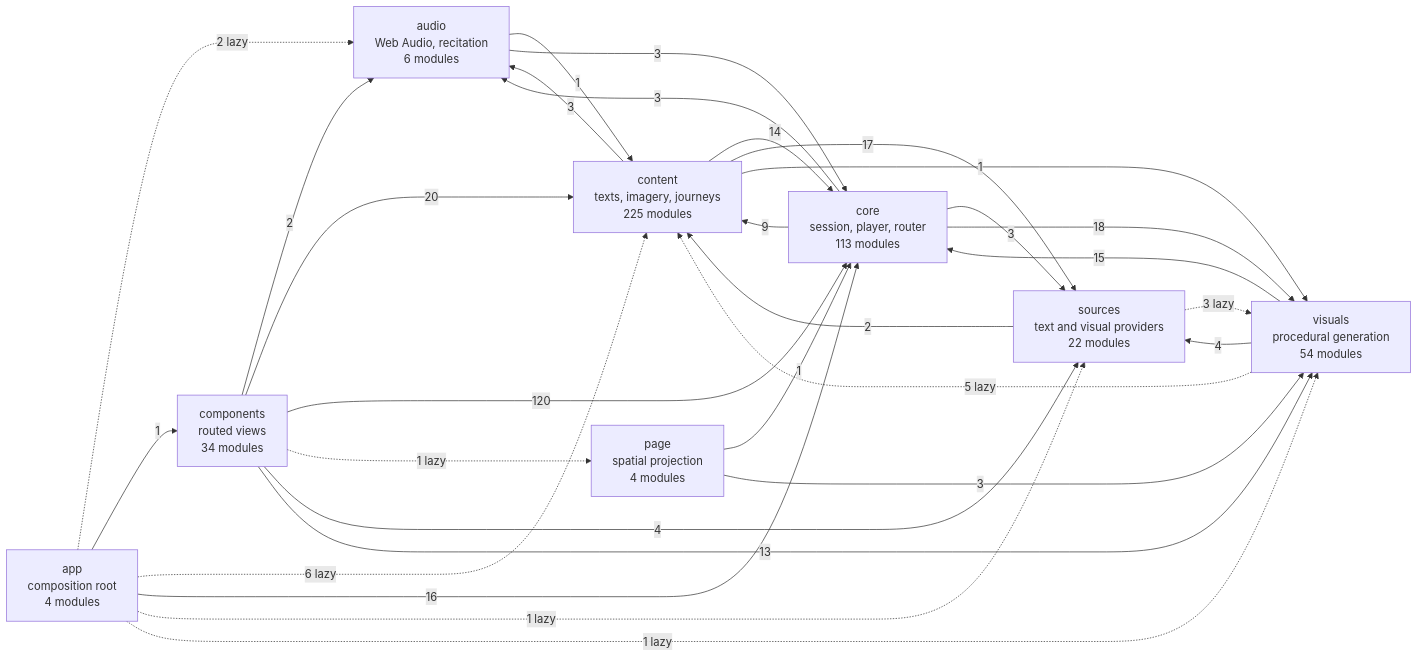
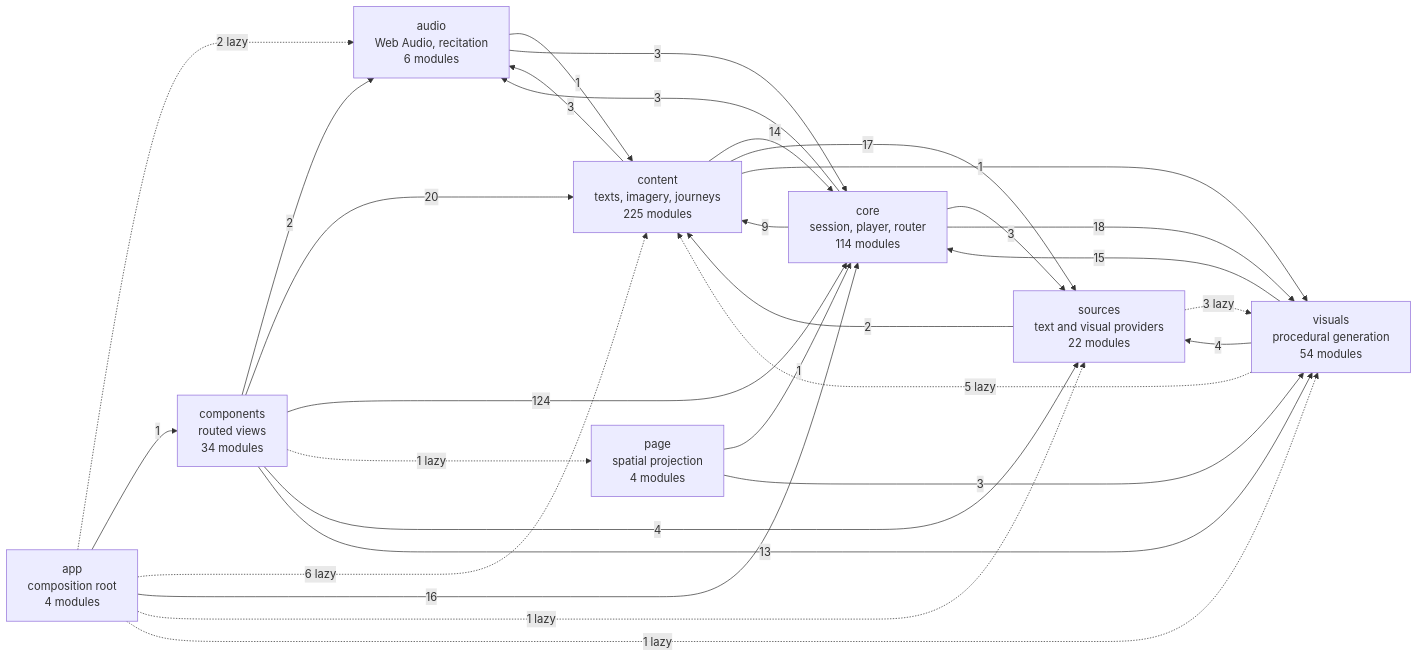
The diagram in docs/specs/ARCHITECTURE.md (SyberLabs/RISE), drawn with Mermaid before and after one commit. The commit also changed 49 other files, not shown here.

````diff
--- a/docs/specs/ARCHITECTURE.md
+++ b/docs/specs/ARCHITECTURE.md
@@ -149,41 +149,41 @@
 ```mermaid
 flowchart LR
     app["app<br/>composition root<br/>4 modules"]
     audio["audio<br/>Web Audio, recitation<br/>6 modules"]
     components["components<br/>routed views<br/>34 modules"]
     content["content<br/>texts, imagery, journeys<br/>225 modules"]
-    core["core<br/>session, player, router<br/>113 modules"]
+    core["core<br/>session, player, router<br/>114 modules"]
     page["page<br/>spatial projection<br/>4 modules"]
     sources["sources<br/>text and visual providers<br/>22 modules"]
     visuals["visuals<br/>procedural generation<br/>54 modules"]
 
     app -.-> |2 lazy| audio
     app --> |1| components
     app -.-> |6 lazy| content
     app --> |16| core
     app -.-> |1 lazy| sources
     app -.-> |1 lazy| visuals
     audio --> |1| content
     audio --> |3| core
     components --> |2| audio
     components --> |20| content
-    components --> |120| core
+    components --> |124| core
     components -.-> |1 lazy| page
     components --> |4| sources
     components --> |13| visuals
     content --> |3| audio
     content --> |14| core
     content --> |17| sources
     content --> |1| visuals
     core --> |3| audio
     core --> |9| content
     core --> |3| sources
     core --> |18| visuals
     page --> |1| core
     page --> |3| visuals
     sources --> |2| content
     sources -.-> |3 lazy| visuals
     visuals -.-> |5 lazy| content
     visuals --> |15| core
     visuals --> |4| sources
 ```
````
